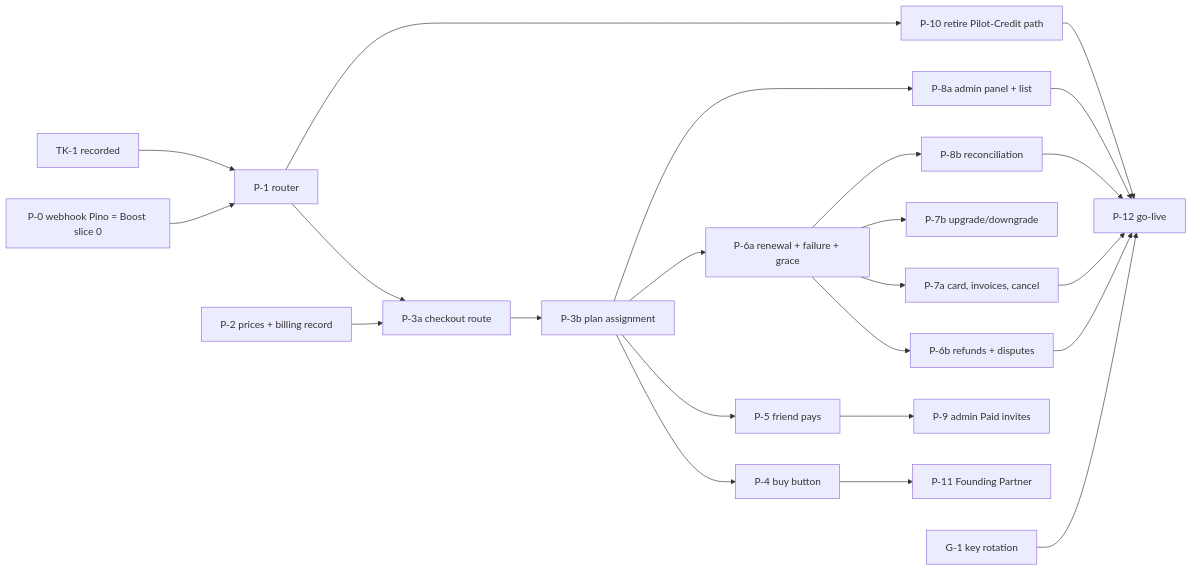
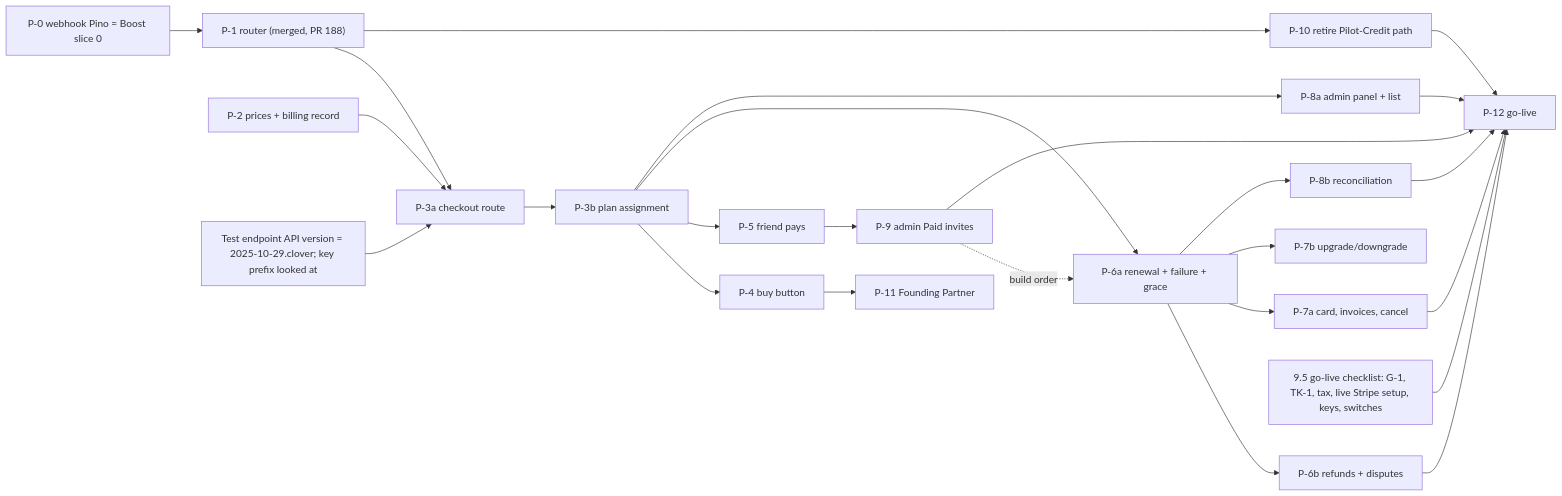
Before and after one commit to AgentsPilot/neuronforge: the third of 3 diagrams in docs/requirements/BUSINESS_OS_PLAN_PAYMENTS_REQUIREMENT.md, drawn with Mermaid. The commit also changed other lines of this file, not shown here.

First line of the commit message:
docs(business-os): consolidated go-live checklist; admin Paid invites (P-9) moved after P-5

````diff
--- a/docs/requirements/BUSINESS_OS_PLAN_PAYMENTS_REQUIREMENT.md
+++ b/docs/requirements/BUSINESS_OS_PLAN_PAYMENTS_REQUIREMENT.md
@@ -360,25 +360,27 @@
 ```mermaid
 flowchart LR
   P0[P-0 webhook Pino = Boost slice 0] --> P1
-  TK1[TK-1 recorded] --> P1
-  P1[P-1 router] --> P3a
+  P1["P-1 router (merged, PR 188)"] --> P3a
   P2[P-2 prices + billing record] --> P3a
+  Q5["Test endpoint API version = 2025-10-29.clover; key prefix looked at"] --> P3a
   P3a[P-3a checkout route] --> P3b[P-3b plan assignment]
   P3b --> P4[P-4 buy button]
   P3b --> P5[P-5 friend pays]
+  P5 --> P9[P-9 admin Paid invites]
+  P9 -. build order .-> P6a
   P3b --> P6a[P-6a renewal + failure + grace]
   P3b --> P8a[P-8a admin panel + list]
   P6a --> P6b[P-6b refunds + disputes]
   P6a --> P7a[P-7a card, invoices, cancel]
   P6a --> P7b[P-7b upgrade/downgrade]
   P6a --> P8b[P-8b reconciliation]
-  P5 --> P9[P-9 admin Paid invites]
   P1 --> P10[P-10 retire Pilot-Credit path]
   P4 --> P11[P-11 Founding Partner]
-  G1[G-1 key rotation] --> P12[P-12 go-live]
+  GL["9.5 go-live checklist: G-1, TK-1, tax, live Stripe setup, keys, switches"] --> P12[P-12 go-live]
+  P9 --> P12
   P7a --> P12
   P8b --> P12
   P10 --> P12
   P6b --> P12
   P8a --> P12
 ```
````
